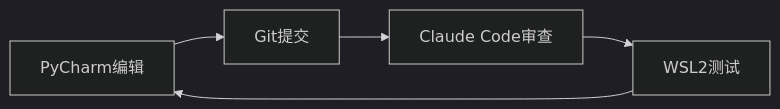
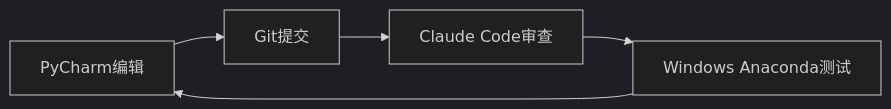
One commit to berryyan/stock-A-LLM changed the diagram in docs/PYCHARM_REACT_SETUP.md. Above: the diagram before and after it, drawn with Mermaid (dark theme). The commit also changed other lines of this file and 3 other files, not shown here.

````diff
--- a/docs/PYCHARM_REACT_SETUP.md
+++ b/docs/PYCHARM_REACT_SETUP.md
@@ -107,7 +107,7 @@
 ```mermaid
 graph LR
     A[PyCharm编辑] --> B[Git提交]
     B --> C[Claude Code审查]
-    C --> D[WSL2测试]
+    C --> D[Windows Anaconda测试]
     D --> A
 ```
````
